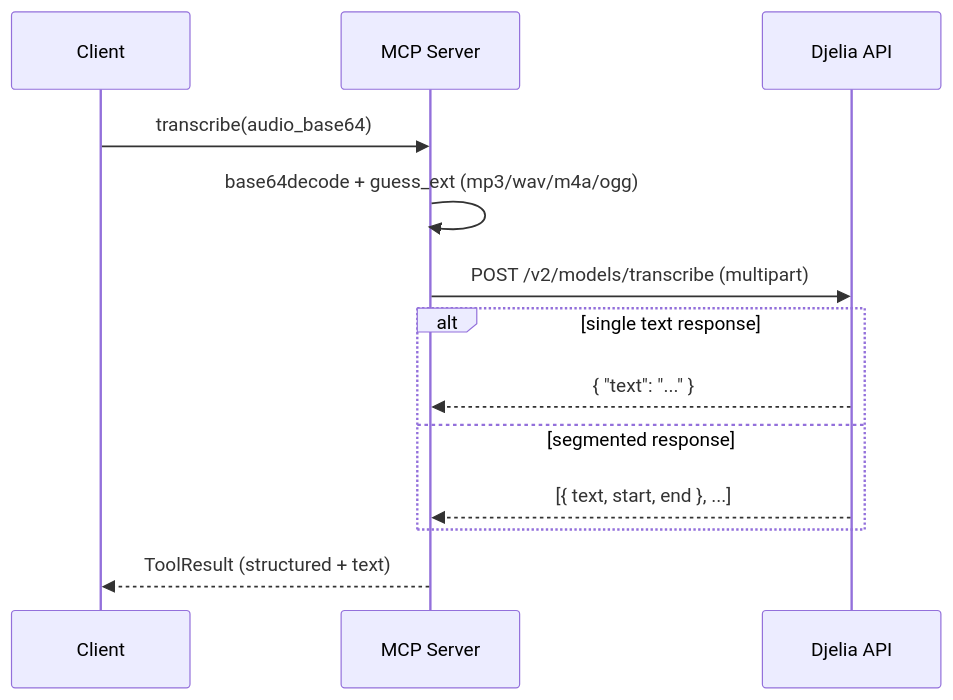
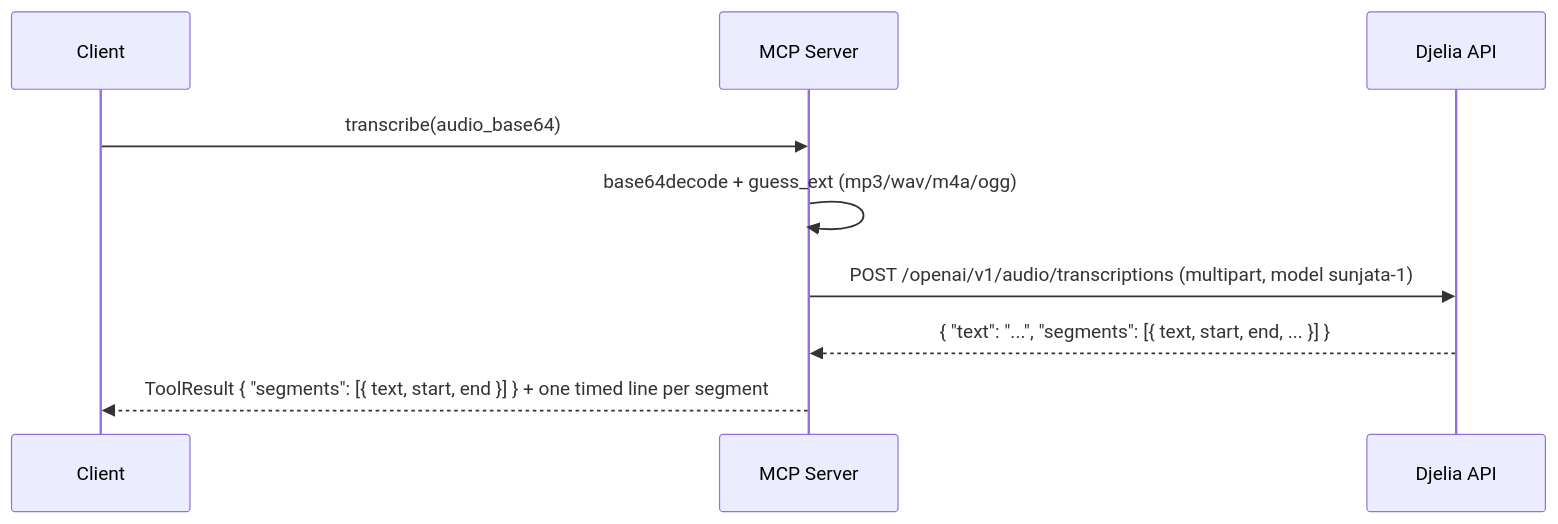
One commit to djelia-org/djelia-mcp-server changed the fourth of 6 diagrams in README.md. Above: the diagram before and after it, drawn with Mermaid. The commit also changed other lines of this file and 4 other files, not shown here.

````diff
--- a/README.md
+++ b/README.md
@@ -109,15 +118,11 @@
 ```mermaid
 sequenceDiagram
     participant C as Client
     participant S as MCP Server
     participant D as Djelia API
     C->>S: transcribe(audio_base64)
     S->>S: base64decode + guess_ext (mp3/wav/m4a/ogg)
-    S->>D: POST /v2/models/transcribe (multipart)
-    alt single text response
-        D-->>S: { "text": "..." }
-    else segmented response
-        D-->>S: [{ text, start, end }, ...]
-    end
-    S-->>C: ToolResult (structured + text)
+    S->>D: POST /openai/v1/audio/transcriptions (multipart, model sunjata-1)
+    D-->>S: { "text": "...", "segments": [{ text, start, end, ... }] }
+    S-->>C: ToolResult { "segments": [{ text, start, end }] } + one timed line per segment
 ```
````
